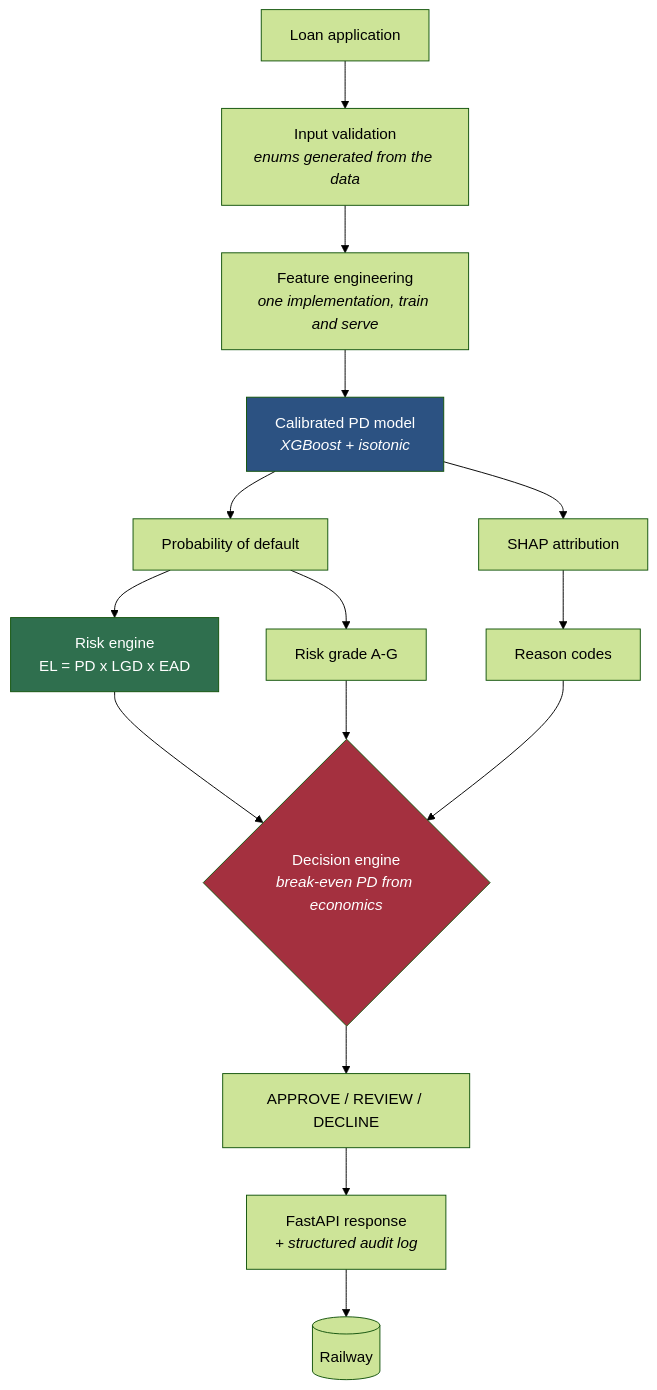
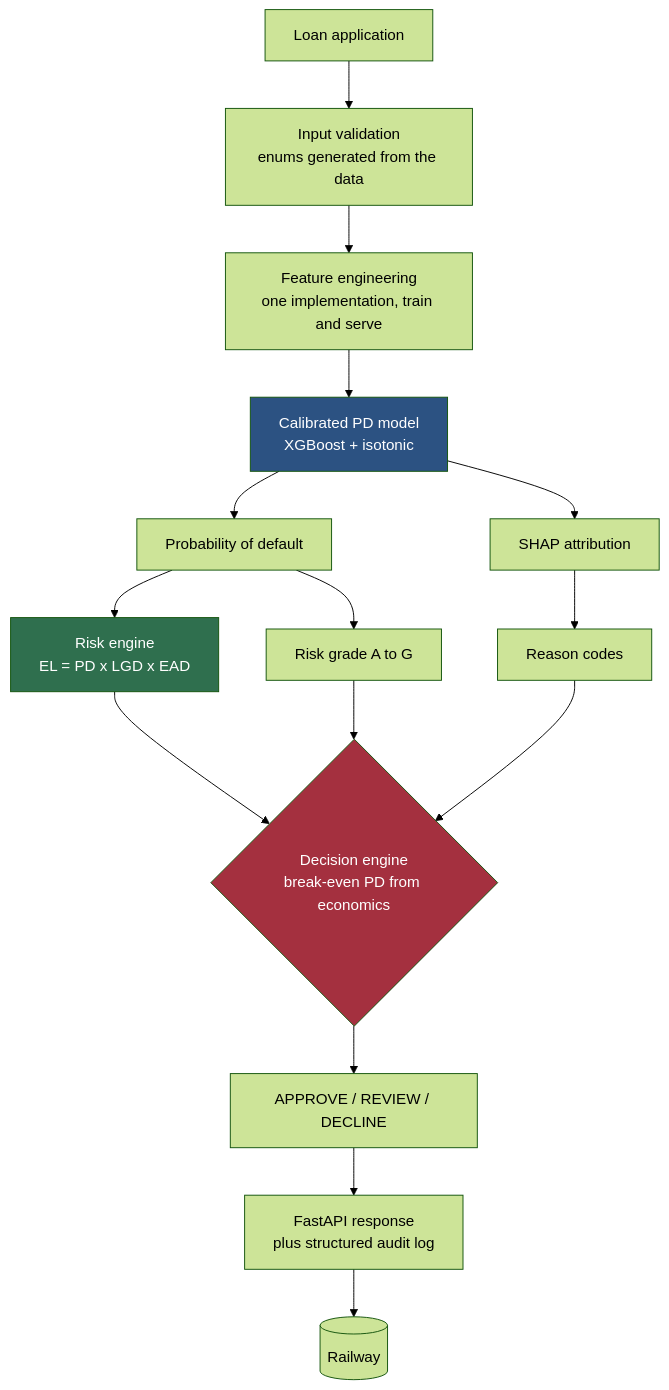
The diagram in README.md (sadiqmuhd/Loan-Default-Dataset), drawn with Mermaid (forest theme) before and after one commit. The commit also changed other lines of this file and 4 other files, not shown here.

````diff
--- a/README.md
+++ b/README.md
@@ -47,24 +47,24 @@
 ```mermaid
 flowchart TD
-    A[Loan application] --> B[Input validation<br/><i>enums generated from the data</i>]
-    B --> C[Feature engineering<br/><i>one implementation, train and serve</i>]
-    C --> D[Calibrated PD model<br/><i>XGBoost + isotonic</i>]
+    A["Loan application"] --> B["Input validation<br/>enums generated from the data"]
+    B --> C["Feature engineering<br/>one implementation, train and serve"]
+    C --> D["Calibrated PD model<br/>XGBoost + isotonic"]
 
-    D --> E[Probability of default]
-    D --> F[SHAP attribution]
-    E --> G[Risk engine<br/>EL = PD x LGD x EAD]
-    F --> H[Reason codes]
+    D --> E["Probability of default"]
+    D --> F["SHAP attribution"]
+    E --> G["Risk engine<br/>EL = PD x LGD x EAD"]
+    F --> H["Reason codes"]
 
-    E --> I[Risk grade A-G]
-    G --> J{Decision engine<br/><i>break-even PD from economics</i>}
+    E --> I["Risk grade A to G"]
+    G --> J{"Decision engine<br/>break-even PD from economics"}
     I --> J
     H --> J
 
-    J --> K[APPROVE / REVIEW / DECLINE]
-    K --> L[FastAPI response<br/><i>+ structured audit log</i>]
-    L --> M[(Railway)]
+    J --> K["APPROVE / REVIEW / DECLINE"]
+    K --> L["FastAPI response<br/>plus structured audit log"]
+    L --> M[("Railway")]
 
-    style D fill:#2c5282,color:#fff
-    style G fill:#2f6f4e,color:#fff
-    style J fill:#a4303f,color:#fff
+    style D fill:#2c5282,color:#ffffff
+    style G fill:#2f6f4e,color:#ffffff
+    style J fill:#a4303f,color:#ffffff
 ```
````
